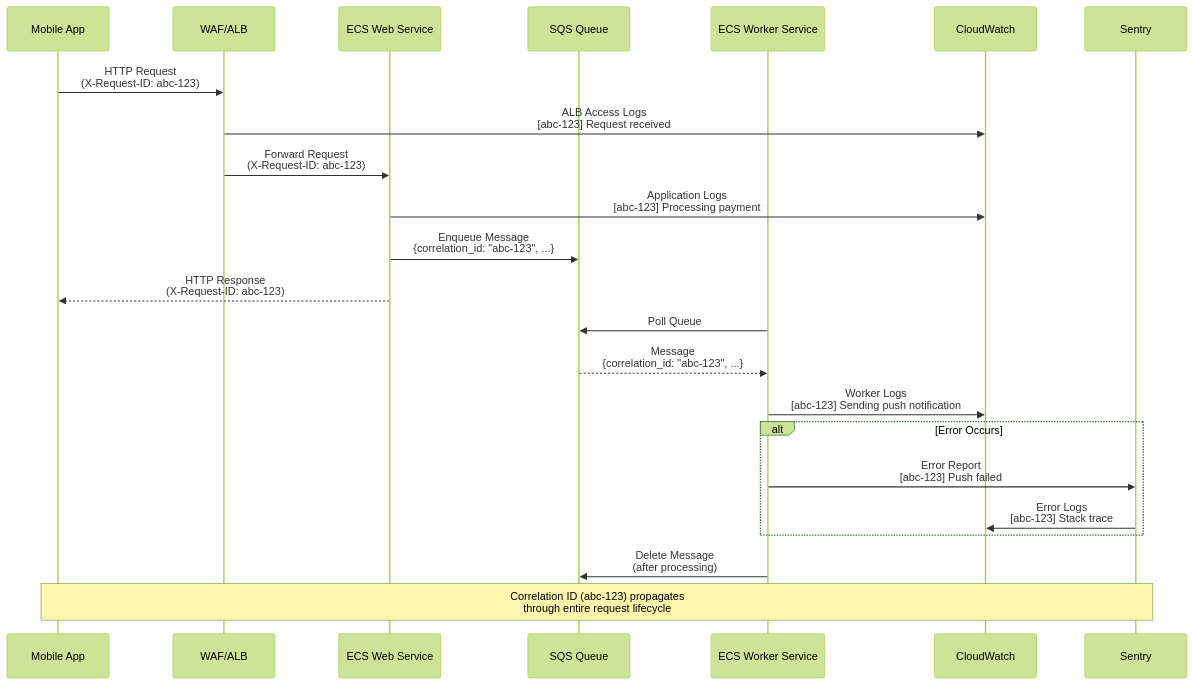
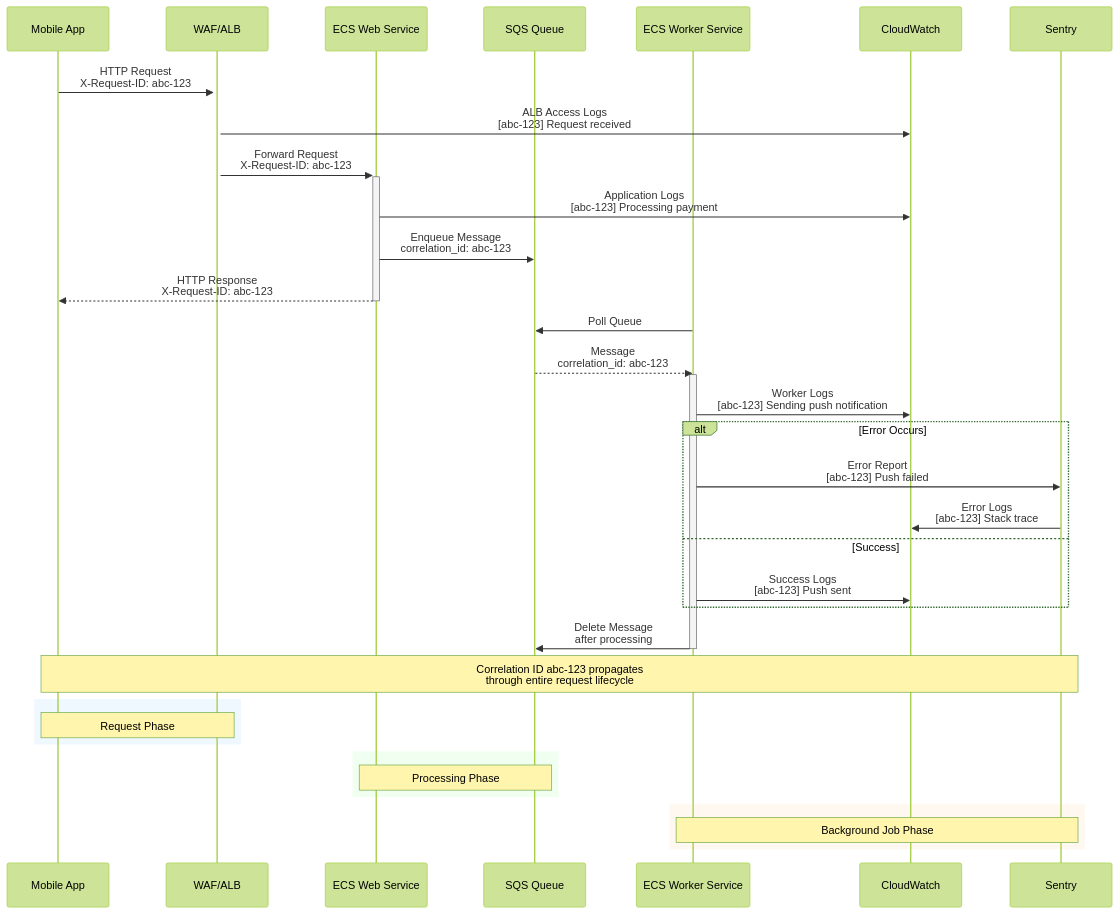
One commit to LOOPINX-CIRCLE/LoopinBackend changed the fourth of 5 diagrams in docs/AWS_INFRASTRUCTURE_ANALYSIS.md. Above: the diagram before and after it, drawn with Mermaid (forest theme). The commit also changed other lines of this file, not shown here.

First line of the commit message:
docs: Enhance AWS infrastructure diagrams with color coding and styling

````diff
--- a/docs/AWS_INFRASTRUCTURE_ANALYSIS.md
+++ b/docs/AWS_INFRASTRUCTURE_ANALYSIS.md
@@ -479,33 +527,48 @@
 ```mermaid
 sequenceDiagram
     participant App as Mobile App
     participant WAF as WAF/ALB
     participant Web as ECS Web Service
     participant SQS as SQS Queue
     participant Worker as ECS Worker Service
     participant CW as CloudWatch
     participant Sentry as Sentry
     
-    App->>WAF: HTTP Request<br/>(X-Request-ID: abc-123)
+    App->>+WAF: HTTP Request<br/>X-Request-ID: abc-123
     WAF->>CW: ALB Access Logs<br/>[abc-123] Request received
     
-    WAF->>Web: Forward Request<br/>(X-Request-ID: abc-123)
+    WAF->>+Web: Forward Request<br/>X-Request-ID: abc-123
     Web->>CW: Application Logs<br/>[abc-123] Processing payment
-    Web->>SQS: Enqueue Message<br/>{correlation_id: "abc-123", ...}
-    
-    Web-->>App: HTTP Response<br/>(X-Request-ID: abc-123)
+    Web->>SQS: Enqueue Message<br/>correlation_id: abc-123
+    Web-->>-App: HTTP Response<br/>X-Request-ID: abc-123
     
     Worker->>SQS: Poll Queue
-    SQS-->>Worker: Message<br/>{correlation_id: "abc-123", ...}
+    SQS-->>Worker: Message<br/>correlation_id: abc-123
     
+    activate Worker
     Worker->>CW: Worker Logs<br/>[abc-123] Sending push notification
     
     alt Error Occurs
         Worker->>Sentry: Error Report<br/>[abc-123] Push failed
         Sentry->>CW: Error Logs<br/>[abc-123] Stack trace
+    else Success
+        Worker->>CW: Success Logs<br/>[abc-123] Push sent
     end
     
-    Worker->>SQS: Delete Message<br/>(after processing)
+    Worker->>SQS: Delete Message<br/>after processing
+    deactivate Worker
     
-    Note over App,Sentry: Correlation ID (abc-123) propagates<br/>through entire request lifecycle
+    Note over App,Sentry: Correlation ID abc-123 propagates<br/>through entire request lifecycle
+    
+    rect rgb(240, 248, 255)
+        Note over App,WAF: Request Phase
+    end
+    
+    rect rgb(240, 255, 240)
+        Note over Web,SQS: Processing Phase
+    end
+    
+    rect rgb(255, 248, 240)
+        Note over Worker,Sentry: Background Job Phase
+    end
 ```
````
